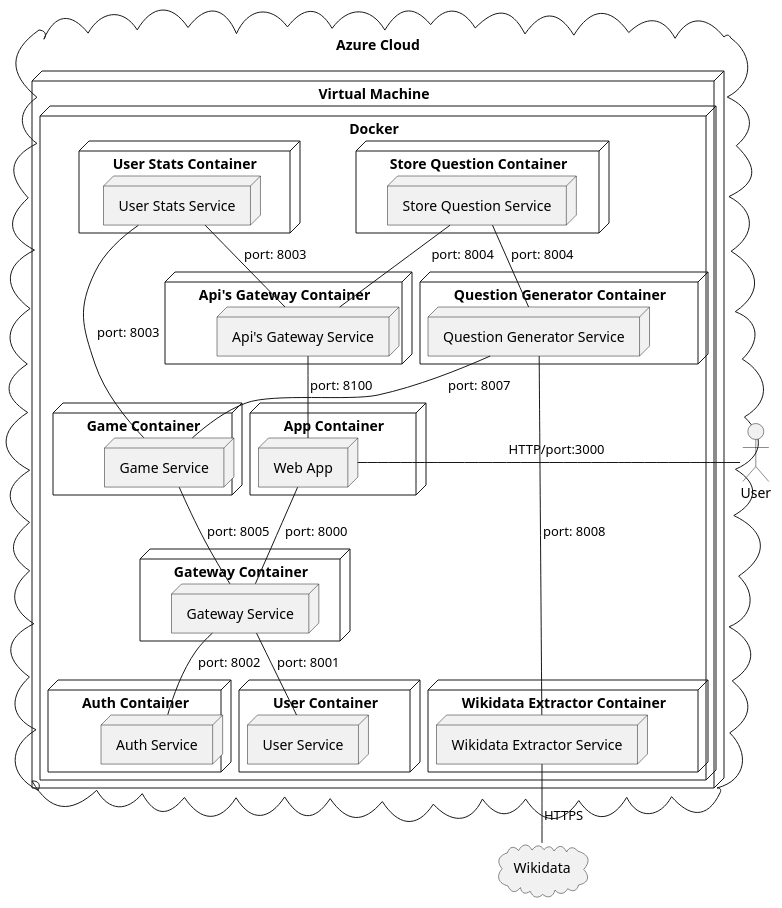
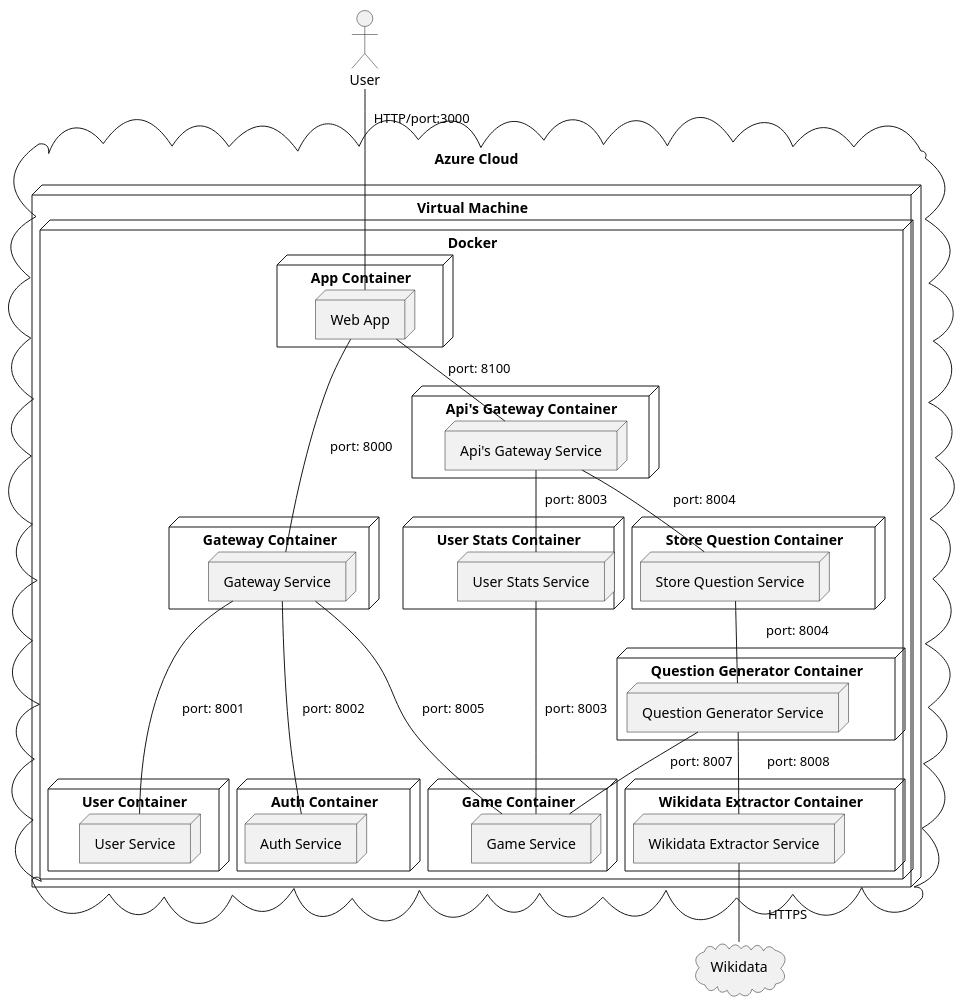
One commit to Arquisoft/wiq_es6c changed the diagram in docs/src/07_deployment_view.adoc. Above: the diagram before and after it, drawn with PlantUML. The commit also changed 2 other files, not shown here.

Commit message:
Update graphs

```diff
--- a/docs/src/07_deployment_view.adoc
+++ b/docs/src/07_deployment_view.adoc
@@ -9,66 +9,66 @@
 [plantuml,"Deployment View",png]
 ----
 !pragma layout smetana
 
 cloud "Azure Cloud\n" {
     node "Virtual Machine" {
         node "Docker" {
             node "App Container"{
                 node "Web App"
             }
             node "Gateway Container"{
                 node "Gateway Service"
             }
             node "User Container"{
                 node "User Service"
             }
             node "Auth Container"{
                 node "Auth Service"
             }
             node "Game Container"{
                 node "Game Service"
             }
             node "Store Question Container"{
                 node "Store Question Service"
             }
             node "User Stats Container\t"{
                 node "User Stats Service"
             }
             node "Question Generator Container"{
                 node "Question Generator Service"
             }
             node "Wikidata Extractor Container"{
                 node "Wikidata Extractor Service"
             }
             node "Api's Gateway Container"{
                 node "Api's Gateway Service"
             }
         }
     }
 }
 
 cloud "Wikidata"
 actor "User"
 
 
-"User" -left- "Web App" : "\t\tHTTP/port:3000\t\t"
+"User" -- "Web App" : "  HTTP/port:3000"
 
-"Web App" -down- "Gateway Service" : "port: 8000"
+"Web App" -down- "Gateway Service" : "port: 8000    "
 
-"Api's Gateway Service" -down- "Web App" : "port: 8100"
+"Api's Gateway Service" -up- "Web App" : "port: 8100"
 
-"Gateway Service" -down- "Auth Service" : "port: 8002"
-"Gateway Service" -down- "User Service" : "port: 8001"
-"Gateway Service" -left- "Game Service"  : "port: 8005"
+"Gateway Service" --- "Auth Service" : "   port: 8002"
+"Gateway Service" --- "User Service" : "port: 8001          "
+"Gateway Service" --- "Game Service"  : "port: 8005\t\t"
 
-"User Stats Service" -down- "Game Service" : "port: 8003"
+"User Stats Service" -- "Game Service" : "  port: 8003"
 
-"User Stats Service" -- "Api's Gateway Service" : "port: 8003"
-"Store Question Service" -- "Api's Gateway Service" : " port: 8004"
+"User Stats Service" -up- "Api's Gateway Service" : "  port: 8003"
+"Store Question Service" -up- "Api's Gateway Service" : "\tport: 8004"
 
-"Store Question Service" -down- "Question Generator Service" : "port: 8004"
-"Question Generator Service" -down--- "Wikidata Extractor Service" : "port: 8008"
-"Question Generator Service" -down- "Game Service" : "port: 8007"
+"Store Question Service" -- "Question Generator Service" : "\tport: 8004"
+"Question Generator Service" -- "Wikidata Extractor Service" : "\tport: 8008"
+"Question Generator Service" -- "Game Service" : "port: 8007"
 
-"Wikidata Extractor Service" -down- "Wikidata" : "HTTPS"
+"Wikidata Extractor Service" -- "Wikidata" : "\tHTTPS"
 ----
```
